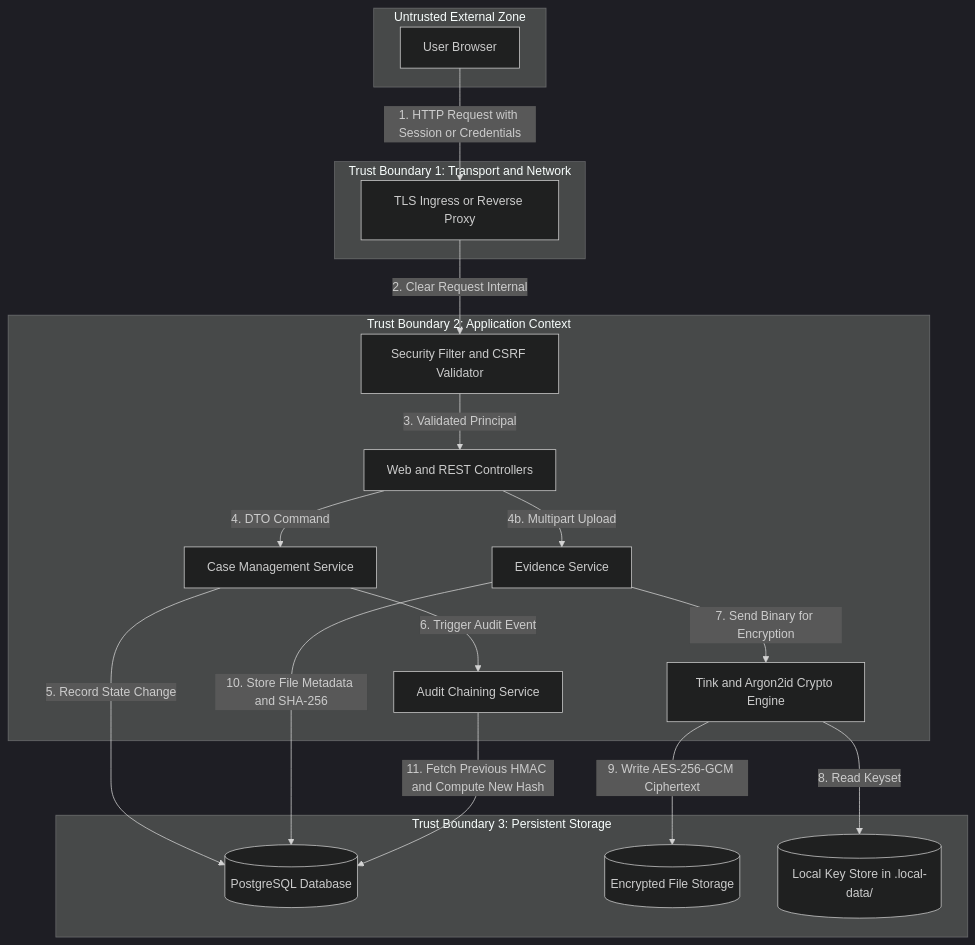
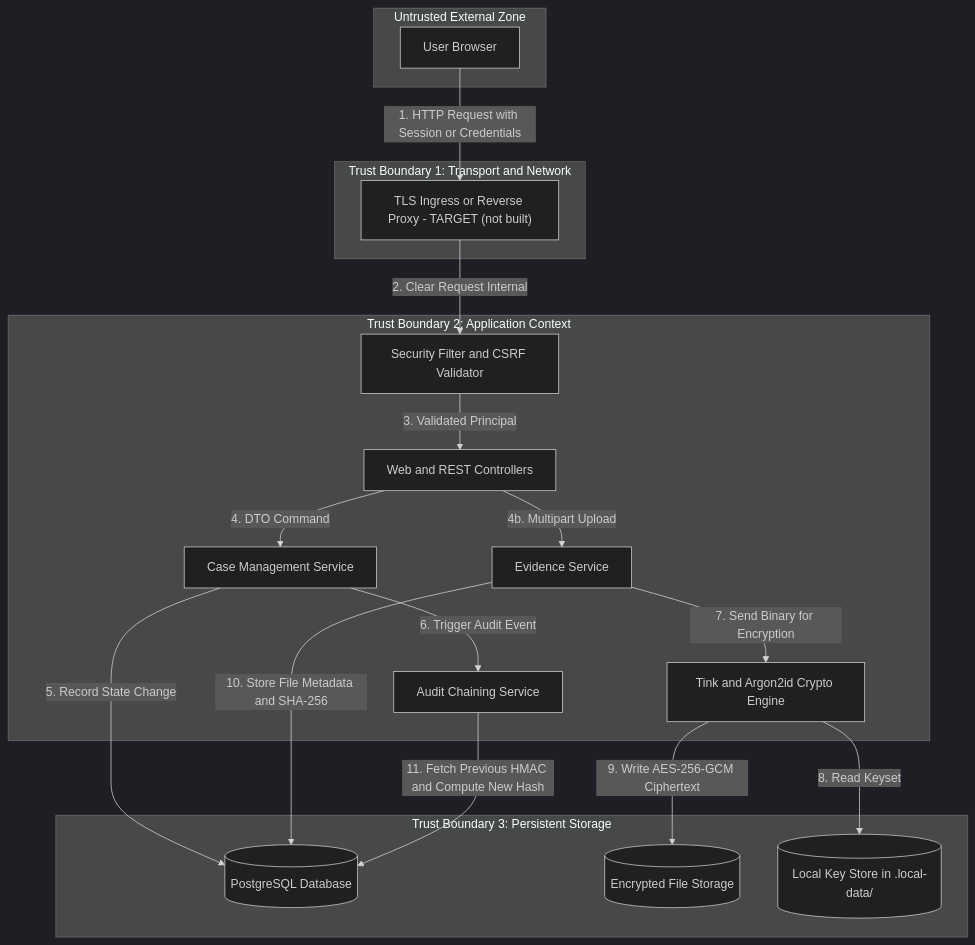
Before and after one commit to hasinhuda/CaseVault: the first of 5 diagrams in docs/data-flow.md, drawn with Mermaid (dark theme). The commit also changed other lines of this file and 16 other files, not shown here.

````diff
--- a/docs/data-flow.md
+++ b/docs/data-flow.md
@@ -10,41 +12,41 @@
 ```mermaid
 flowchart TD
     subgraph External["Untrusted External Zone"]
         User["User Browser"]
     end
 
     subgraph Boundary1["Trust Boundary 1: Transport and Network"]
-        TLS["TLS Ingress or Reverse Proxy"]
+        TLS["TLS Ingress or Reverse Proxy - TARGET (not built)"]
     end
 
     subgraph Boundary2["Trust Boundary 2: Application Context"]
         SecFilter["Security Filter and CSRF Validator"]
         Controller["Web and REST Controllers"]
         CaseService["Case Management Service"]
         EvidenceService["Evidence Service"]
         AuditService["Audit Chaining Service"]
         CryptoService["Tink and Argon2id Crypto Engine"]
     end
 
     subgraph Boundary3["Trust Boundary 3: Persistent Storage"]
         DB[("PostgreSQL Database")]
         Storage[("Encrypted File Storage")]
         KeyDir[("Local Key Store in .local-data/")]
     end
 
     User -->|1. HTTP Request with Session or Credentials| TLS
     TLS -->|2. Clear Request Internal| SecFilter
     SecFilter -->|3. Validated Principal| Controller
     Controller -->|4. DTO Command| CaseService
     Controller -->|4b. Multipart Upload| EvidenceService
 
     CaseService -->|5. Record State Change| DB
     CaseService -->|6. Trigger Audit Event| AuditService
 
     EvidenceService -->|7. Send Binary for Encryption| CryptoService
     CryptoService -->|8. Read Keyset| KeyDir
     CryptoService -->|9. Write AES-256-GCM Ciphertext| Storage
     EvidenceService -->|10. Store File Metadata and SHA-256| DB
 
     AuditService -->|11. Fetch Previous HMAC and Compute New Hash| DB
 ```
````
